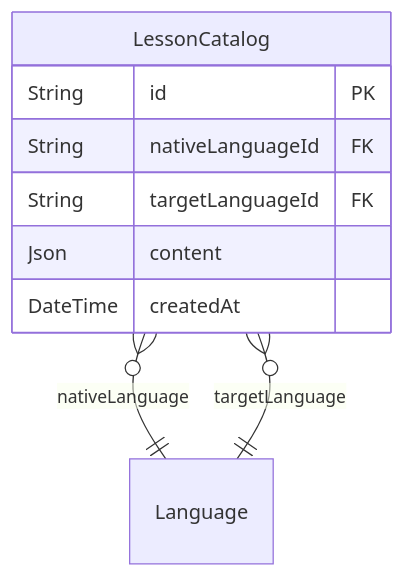
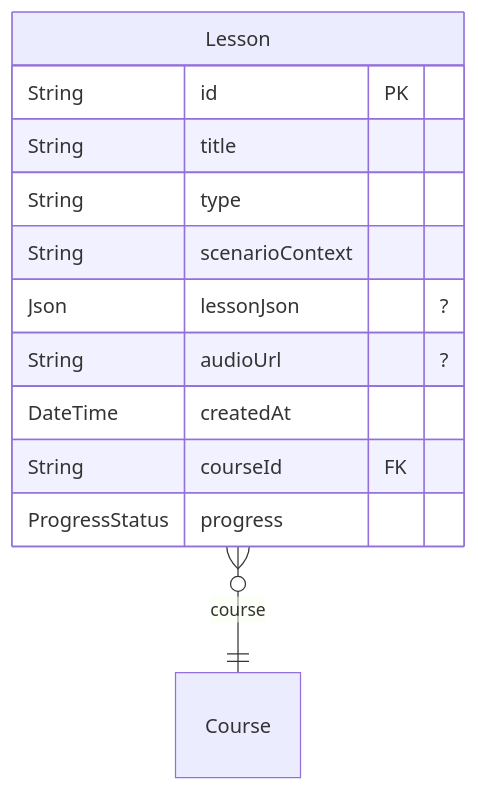
One commit to HamedMP/LangPod changed the fifth of 5 diagrams in schema.md. Above: the diagram before and after it, drawn with Mermaid. The commit also changed other lines of this file and 22 other files, not shown here.

````diff
--- a/schema.md
+++ b/schema.md
@@ -117,14 +116,17 @@
 ```mermaid
 erDiagram
-"LessonCatalog" {
-  String id PK 
-  String nativeLanguageId FK 
-  String targetLanguageId FK 
-  Json content  
-  DateTime createdAt  
+"Lesson" {
+  String id PK
+  String title
+  String type
+  String scenarioContext
+  Json lessonJson  "?"
+  String audioUrl  "?"
+  DateTime createdAt
+  String courseId FK
+  ProgressStatus progress
 }
 
-"LessonCatalog" }o--|| "Language": nativeLanguage
-"LessonCatalog" }o--|| "Language": targetLanguage
+"Lesson" }o--|| "Course": course
 
 ```
````
